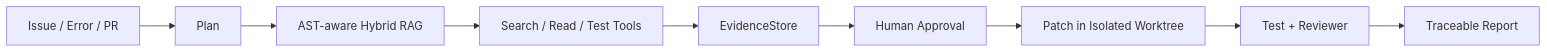
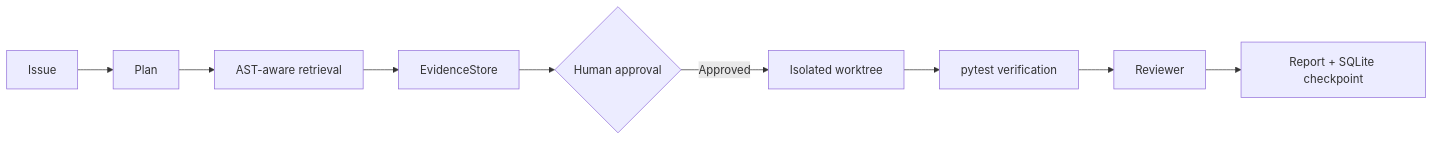
The diagram in README.md (zmh2245749337/repopilot-agent), drawn with Mermaid before and after one commit. The commit also changed other lines of this file and 11 other files, not shown here.

````diff
--- a/README.md
+++ b/README.md
@@ -28,11 +7,11 @@
 ```mermaid
 flowchart LR
-    I[Issue / Error / PR] --> P[Plan]
-    P --> R[AST-aware Hybrid RAG]
-    R --> T[Search / Read / Test Tools]
-    T --> E[EvidenceStore]
-    E --> A[Human Approval]
-    A --> X[Patch in Isolated Worktree]
-    X --> V[Test + Reviewer]
-    V --> O[Traceable Report]
+    I[Issue] --> P[Plan]
+    P --> R[AST-aware retrieval]
+    R --> E[EvidenceStore]
+    E --> A{Human approval}
+    A -->|Approved| W[Isolated worktree]
+    W --> T[pytest verification]
+    T --> V[Reviewer]
+    V --> O[Report + SQLite checkpoint]
 ```
````
